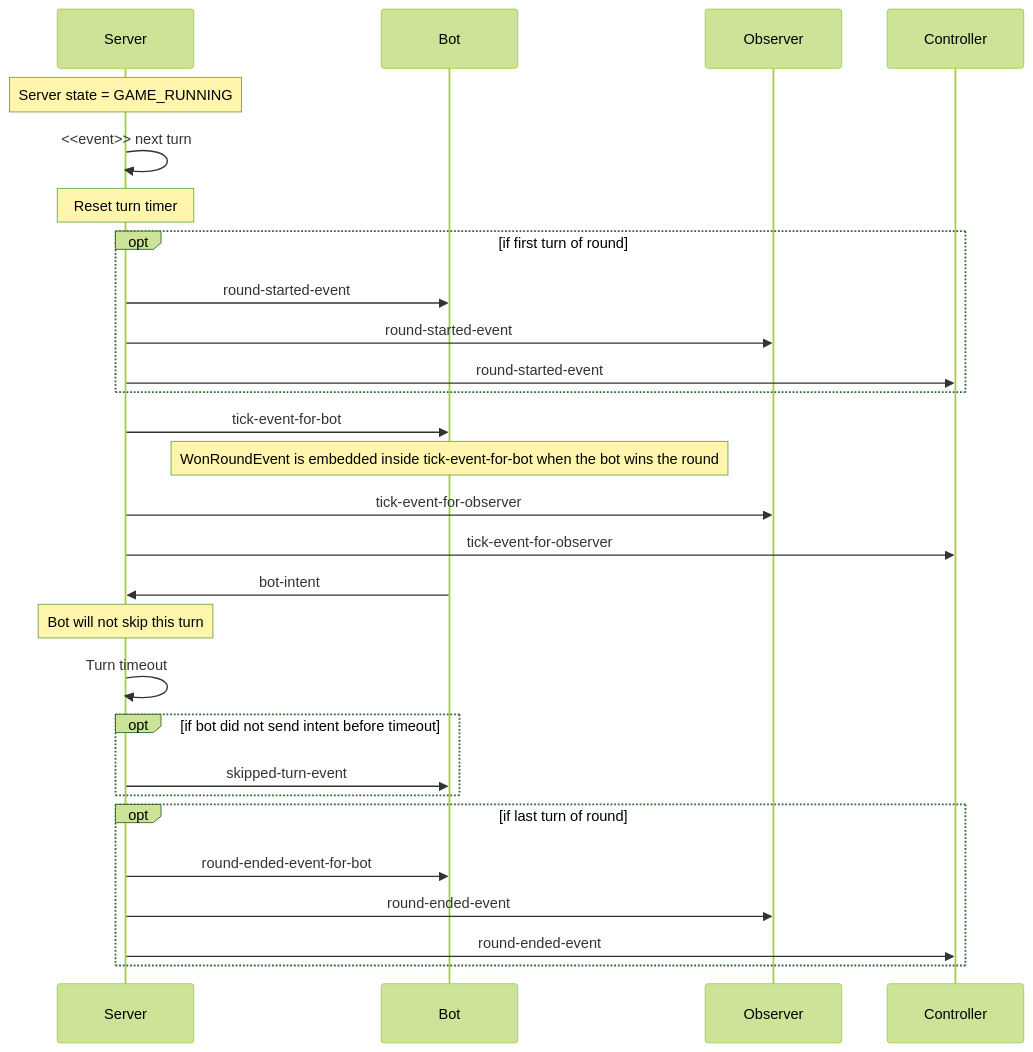
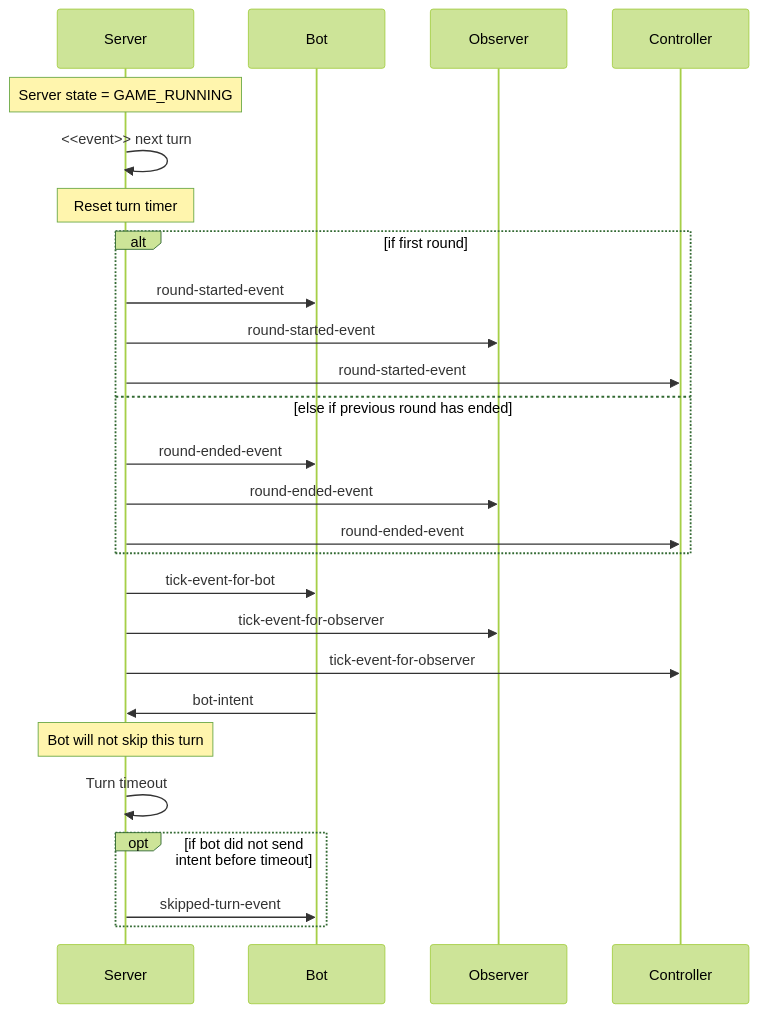
One commit to robocode-dev/tank-royale changed the sixth of 13 diagrams in schema/schemas/README.md. Above: the diagram before and after it, drawn with Mermaid (forest theme). The commit also changed other lines of this file and 197 other files, not shown here.

````diff
--- a/schema/schemas/README.md
+++ b/schema/schemas/README.md
@@ -188,26 +188,24 @@
 ```mermaid
 sequenceDiagram
 Note over Server: Server state = GAME_RUNNING
 Server->>Server: <<event>> next turn
 Note over Server: Reset turn timer
-opt if first turn of round
+alt if first round
     Server->>Bot: round-started-event
     Server->>Observer: round-started-event
     Server->>Controller: round-started-event
+else else if previous round has ended
+    Server->>Bot: round-ended-event
+    Server->>Observer: round-ended-event
+    Server->>Controller: round-ended-event
 end
 Server->>Bot: tick-event-for-bot
-Note over Bot: WonRoundEvent is embedded inside tick-event-for-bot when the bot wins the round
 Server->>Observer: tick-event-for-observer
 Server->>Controller: tick-event-for-observer
 Bot->>Server: bot-intent
 Note over Server: Bot will not skip this turn
 Server->>Server: Turn timeout
 opt if bot did not send intent before timeout
     Server->>Bot: skipped-turn-event
 end
-opt if last turn of round
-    Server->>Bot: round-ended-event-for-bot
-    Server->>Observer: round-ended-event
-    Server->>Controller: round-ended-event
-end
 ```
````
